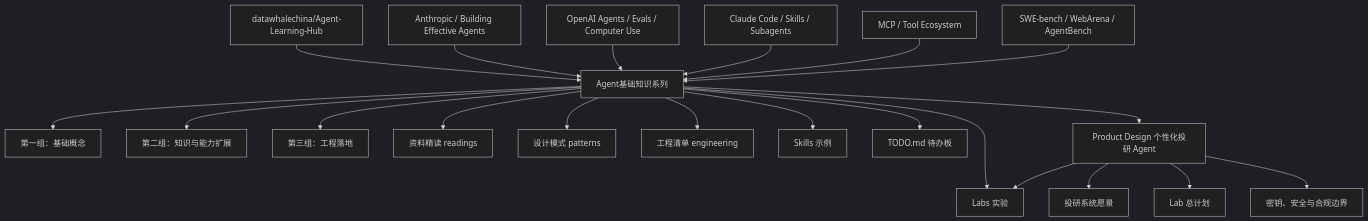
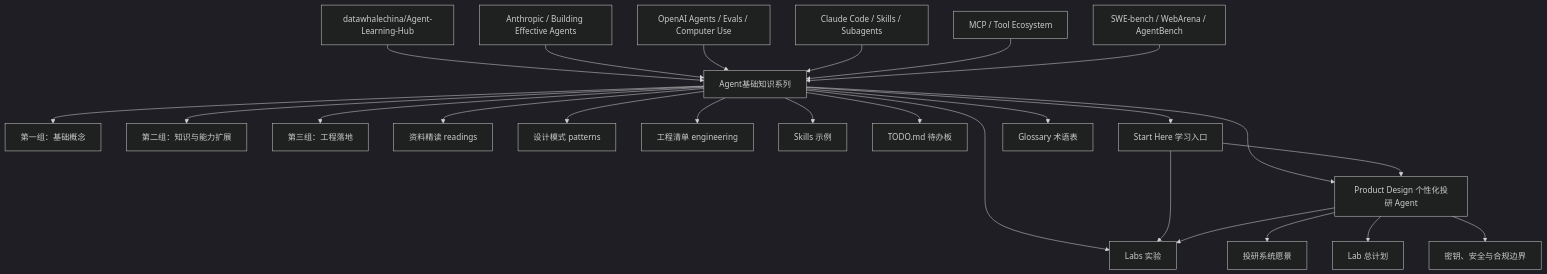
The first of 4 diagrams in docs/document-graph.md (pittosporum-seu/Learning_Agent), drawn with Mermaid (dark theme) before and after one commit. The commit also changed other lines of this file and 9 other files, not shown here.

````diff
--- a/docs/document-graph.md
+++ b/docs/document-graph.md
@@ -9,26 +9,30 @@
 ```mermaid
 flowchart TD
     A["datawhalechina/Agent-Learning-Hub"] --> B["Agent基础知识系列"]
 
     C["Anthropic / Building Effective Agents"] --> B
     D["OpenAI Agents / Evals / Computer Use"] --> B
     E["Claude Code / Skills / Subagents"] --> B
     F["MCP / Tool Ecosystem"] --> B
     G["SWE-bench / WebArena / AgentBench"] --> B
 
     B --> S1["第一组：基础概念"]
     B --> S2["第二组：知识与能力扩展"]
     B --> S3["第三组：工程落地"]
     B --> X1["资料精读 readings"]
     B --> X2["设计模式 patterns"]
     B --> X3["工程清单 engineering"]
     B --> X4["Skills 示例"]
     B --> X5["Labs 实验"]
     B --> X6["TODO.md 待办板"]
     B --> X7["Product Design 个性化投研 Agent"]
+    B --> X8["Start Here 学习入口"]
+    B --> X9["Glossary 术语表"]
 
+    X8 --> X5
+    X8 --> X7
     X7 --> P0["投研系统愿景"]
     X7 --> P1["Lab 总计划"]
     X7 --> P2["密钥、安全与合规边界"]
     X7 --> X5
 ```
````
